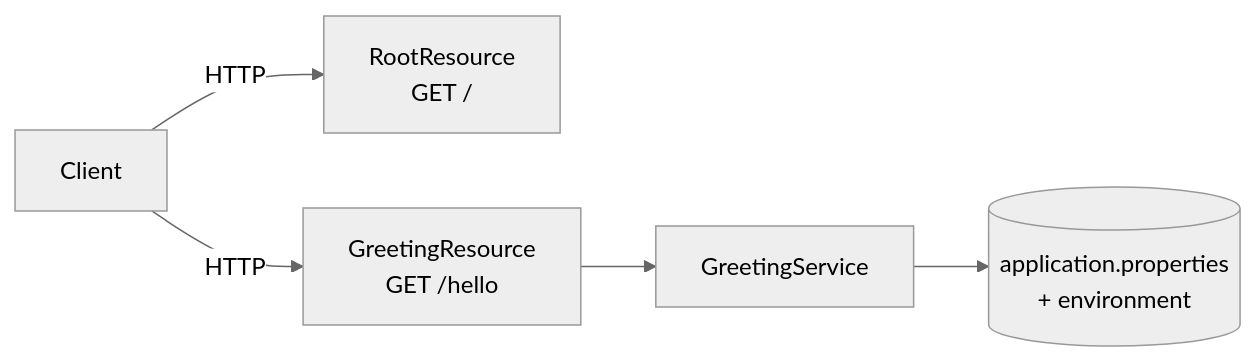
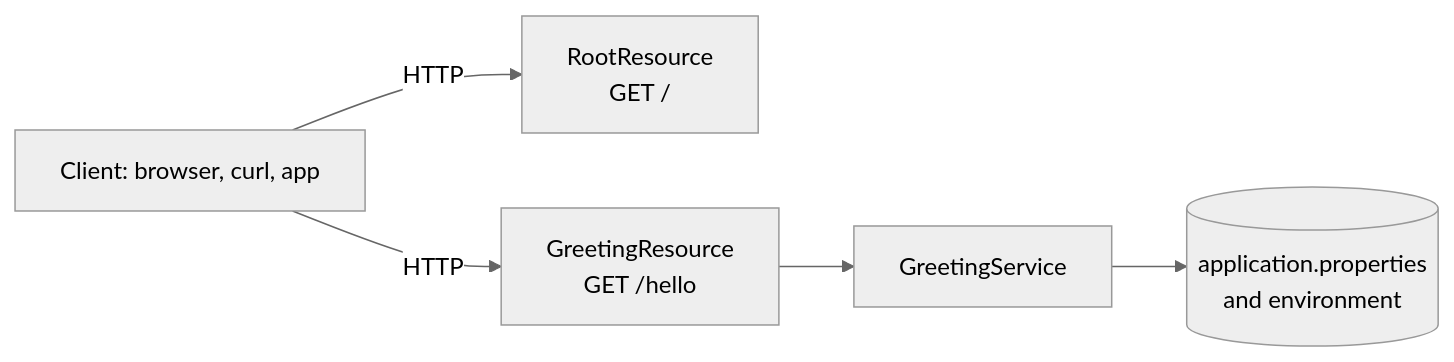
The diagram in starters/starter-quarkus/README.md (light-cloud-com/templates), drawn with Mermaid (neutral theme) before and after one commit. The commit also changed other lines of this file and 2 other files, not shown here.

````diff
--- a/starters/starter-quarkus/README.md
+++ b/starters/starter-quarkus/README.md
@@ -28,7 +116,7 @@
 ```mermaid
 flowchart LR
-    client["Client"] -->|HTTP| root["RootResource<br/>GET /"]
+    client["Client: browser, curl, app"] -->|HTTP| root["RootResource<br/>GET /"]
     client -->|HTTP| greeting["GreetingResource<br/>GET /hello"]
     greeting --> service["GreetingService"]
-    service --> config[("application.properties<br/>+ environment")]
+    service --> config[("application.properties<br/>and environment")]
 ```
````
